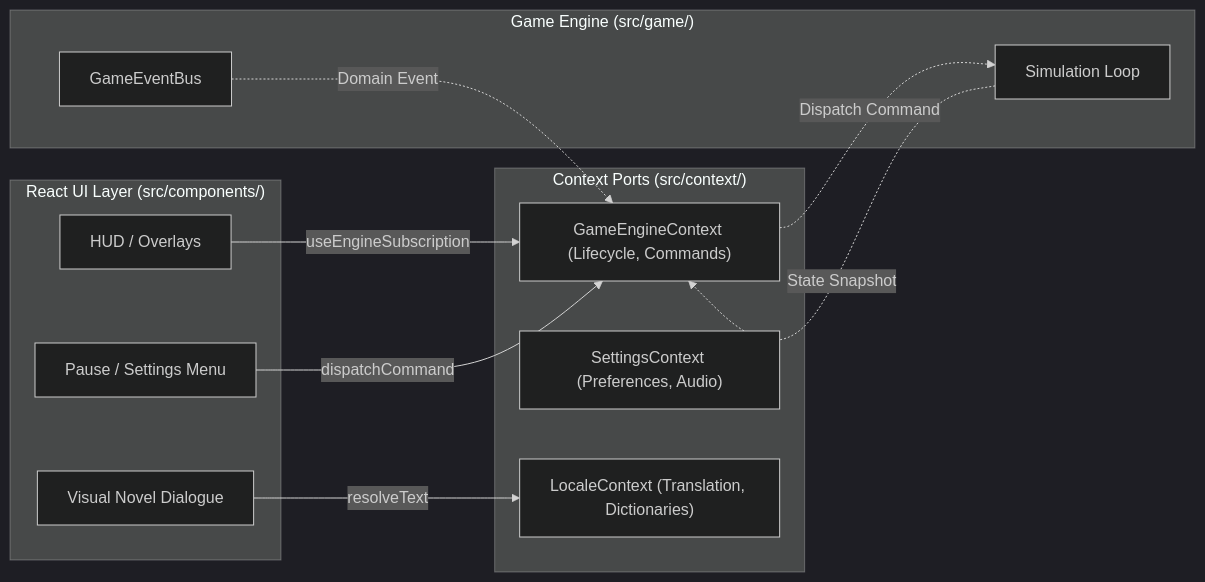
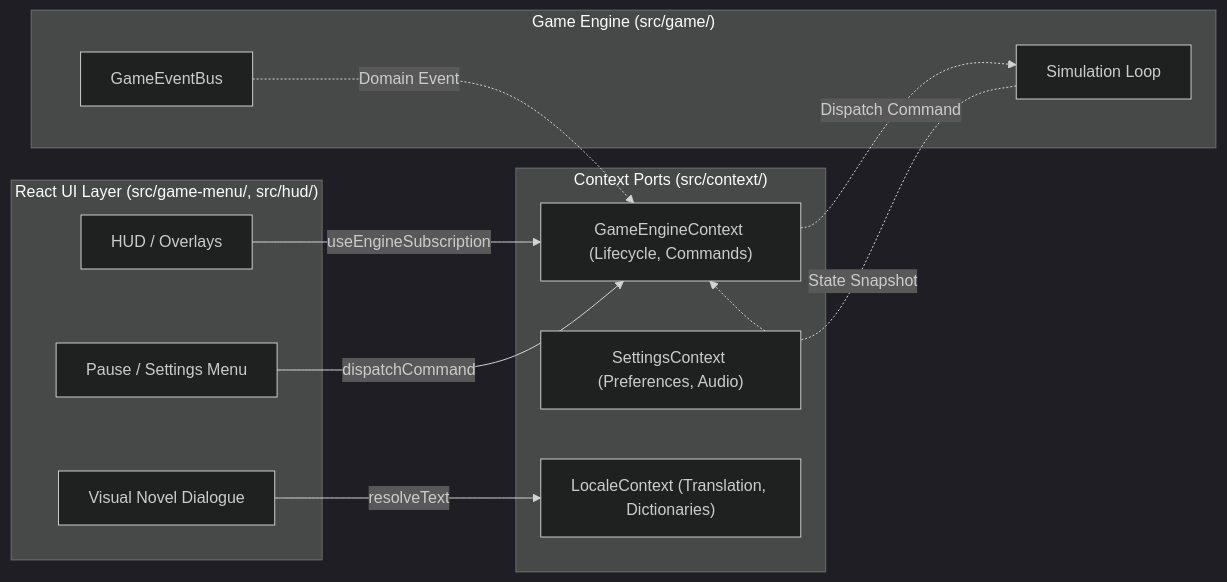
One commit to beoArcha/oXyFlow.VibrantCastle changed the diagram in .agents/rules/frontend_ui.md. Above: the diagram before and after it, drawn with Mermaid (dark theme). The commit also changed other lines of this file and 187 other files, not shown here.

First line of the commit message:
refactor(ui): decompose src/components into src/game-menu and src/hud

````diff
--- a/.agents/rules/frontend_ui.md
+++ b/.agents/rules/frontend_ui.md
@@ -35,27 +35,27 @@
 ```mermaid
 graph LR
-    subgraph UI["React UI Layer (src/components/)"]
+    subgraph UI["React UI Layer (src/game-menu/, src/hud/)"]
         HUD["HUD / Overlays"]
         Menu["Pause / Settings Menu"]
         Dialog["Visual Novel Dialogue"]
     end
 
     subgraph Ports["Context Ports (src/context/)"]
         EngineCtx["GameEngineContext (Lifecycle, Commands)"]
         SettingsCtx["SettingsContext (Preferences, Audio)"]
         LocaleCtx["LocaleContext (Translation, Dictionaries)"]
     end
 
     subgraph Engine["Game Engine (src/game/)"]
         Core["Simulation Loop"]
         EventBus["GameEventBus"]
     end
 
     HUD -->|useEngineSubscription| EngineCtx
     Menu -->|dispatchCommand| EngineCtx
     Dialog -->|resolveText| LocaleCtx
 
     EngineCtx -.->|Dispatch Command| Core
     Core -.->|State Snapshot| EngineCtx
     EventBus -.->|Domain Event| EngineCtx
 ```
````
